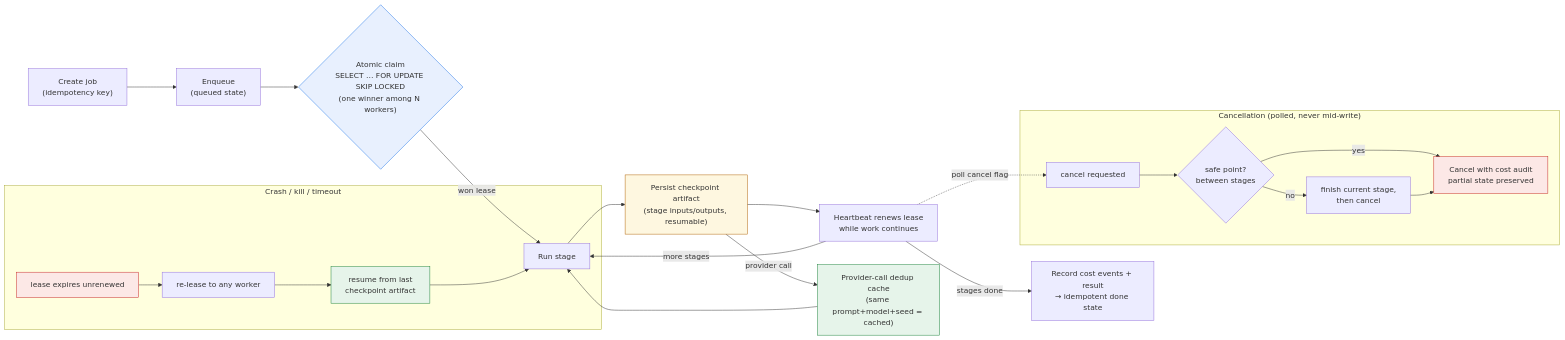
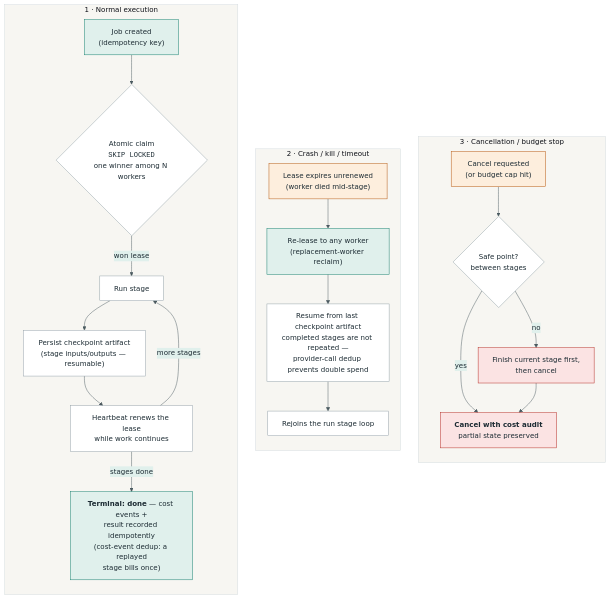
Before and after one commit to waalwalker1/knovaryn: the diagram in docs/assets/diagrams/durable-jobs.mmd, drawn with Mermaid. The commit also changed 193 other files, not shown here.

First line of the commit message:
v0.2.2 public launch: brand, design system, site, benchmarks, gates (#21)

```diff
--- a/docs/assets/diagrams/durable-jobs.mmd
+++ b/docs/assets/diagrams/durable-jobs.mmd
@@ -1,37 +1,60 @@
-%% Knovaryn — Durable job lifecycle (contract 6.3 #4)
-%% Atomic claim · heartbeat · checkpoint artifacts · cancellation polling
-%% crash reclaim · provider-call deduplication — no double cost.
+%% Knovaryn — Durable job lifecycle (contract §12.3)
+%% Three lanes left to right: normal execution · crash/recovery ·
+%% cancellation/budget. Shows atomic claim, heartbeat, lease expiry,
+%% checkpoint artifacts, replacement-worker reclaim, provider-call
+%% deduplication, cost-event deduplication, safe cancellation points,
+%% terminal state. Lane membership carries the transition: a lease that
+%% expires unrenewed moves a job from lane 1 into lane 2; a cancel flag
+%% (polled between stages, never mid-write) moves it into lane 3.
+%% Brand palette per docs/design-system/tokens.css (Trace/Ink/amber/slate).
+%%{init: {"theme": "base", "themeVariables": {"primaryColor": "#ffffff", "primaryBorderColor": "#909ea6", "primaryTextColor": "#1c2b33", "lineColor": "#4c5b61", "secondaryColor": "#e0f0ec", "tertiaryColor": "#f1efe8", "clusterBkg": "#f7f6f2", "clusterBorder": "#d3dadd", "fontFamily": "-apple-system, BlinkMacSystemFont, Segoe UI, sans-serif", "fontSize": "15px"}, "flowchart": {"nodeSpacing": 28, "rankSpacing": 38}}}%%
 flowchart LR
-    A["Create job<br/>(idempotency key)"] --> B["Enqueue<br/>(queued state)"]
-    B --> C{"Atomic claim<br/>SELECT … FOR UPDATE SKIP LOCKED<br/>(one winner among N workers)"}
-
-    C -->|"won lease"| D["Run stage"]
-    D --> E["Persist checkpoint artifact<br/>(stage inputs/outputs, resumable)"]
-    E --> F["Heartbeat renews lease<br/>while work continues"]
-
-    F -->|"more stages"| D
-    F -->|"stages done"| G["Record cost events + result<br/>→ idempotent done state"]
-
-    E -->|"provider call"| H["Provider-call dedup cache<br/>(same prompt+model+seed = cached)"]
-    H --> D
-
-    subgraph CANCEL["Cancellation (polled, never mid-write)"]
-        X1["cancel requested"] --> X2{"safe point?<br/>between stages"}
-        X2 -- "yes" --> X3["Cancel with cost audit<br/>partial state preserved"]
-        X2 -- "no" --> X4["finish current stage,<br/>then cancel"]
-        X4 --> X3
-    end
-    F -.->|"poll cancel flag"| X1
-
-    subgraph CRASH["Crash / kill / timeout"]
-        K1["lease expires unrenewed"] --> K2["re-lease to any worker"]
-        K2 --> K3["resume from last<br/>checkpoint artifact"]
-        K3 --> D
+    subgraph NORMAL["1 · Normal execution"]
+        direction TB
+        N0["Job created<br/>(idempotency key)"]
+        N1{"Atomic claim<br/><code>SKIP LOCKED</code><br/>one winner among N workers"}
+        N2["Run stage"]
+        N3["Persist checkpoint artifact<br/>(stage inputs/outputs — resumable)"]
+        N4["Heartbeat renews the lease<br/>while work continues"]
+        N5["<b>Terminal: done</b> — cost events +<br/>result recorded idempotently<br/>(cost-event dedup: a replayed<br/>stage bills once)"]
+        N0 --> N1
+        N1 -- "won lease" --> N2
+        N2 --> N3 --> N4
+        N4 -- "more stages" --> N2
+        N4 -- "stages done" --> N5
     end
 
-    style C fill:#e8f0fe,stroke:#1a73e8
-    style E fill:#fef7e0,stroke:#b06000
-    style K1 fill:#fce8e6,stroke:#c5221f
-    style K3 fill:#e6f4ea,stroke:#188038
-    style X3 fill:#fce8e6,stroke:#c5221f
-    style H fill:#e6f4ea,stroke:#188038
+    subgraph CRASH["2 · Crash / kill / timeout"]
+        direction TB
+        K1["Lease expires unrenewed<br/>(worker died mid-stage)"]
+        K2["Re-lease to any worker<br/>(replacement-worker reclaim)"]
+        K3["Resume from last checkpoint artifact<br/>completed stages are not repeated —<br/>provider-call dedup prevents double spend"]
+        K3 --> N2B["Rejoins the run stage loop"]
+        K1 --> K2 --> K3
+    end
+
+    subgraph CANCEL["3 · Cancellation / budget stop"]
+        direction TB
+        X1["Cancel requested<br/>(or budget cap hit)"]
+        X2{"Safe point?<br/>between stages"}
+        X3["<b>Cancel with cost audit</b><br/>partial state preserved"]
+        X4["Finish current stage first,<br/>then cancel"]
+        X1 --> X2
+        X2 -- "yes" --> X3
+        X2 -- "no" --> X4 --> X3
+    end
+
+    NORMAL ~~~ CRASH ~~~ CANCEL
+
+    classDef start fill:#e0f0ec,stroke:#0e7c6b,color:#1c2b33
+    classDef core fill:#ffffff,stroke:#909ea6,color:#1c2b33
+    classDef plain fill:#ffffff,stroke:#909ea6,color:#1c2b33
+    classDef done fill:#e0f0ec,stroke:#0e7c6b,color:#1c2b33
+    classDef crash fill:#fdeedd,stroke:#b45309,color:#1c2b33
+    classDef canc fill:#fbe3e3,stroke:#b3261e,color:#1c2b33
+    class N0 start
+    class N2,N3,N4,K3,N2B core
+    class N1,X2 plain
+    class N5,K2 done
+    class K1,X1 crash
+    class X3,X4 canc
```
